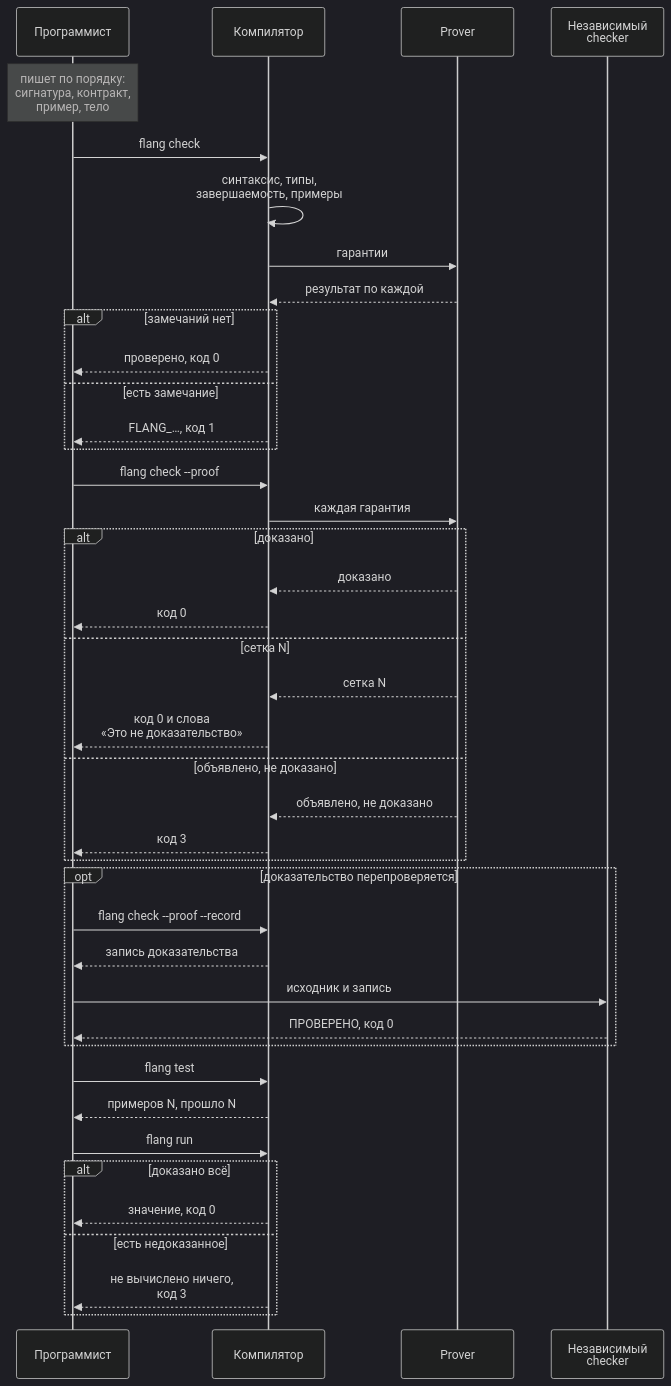
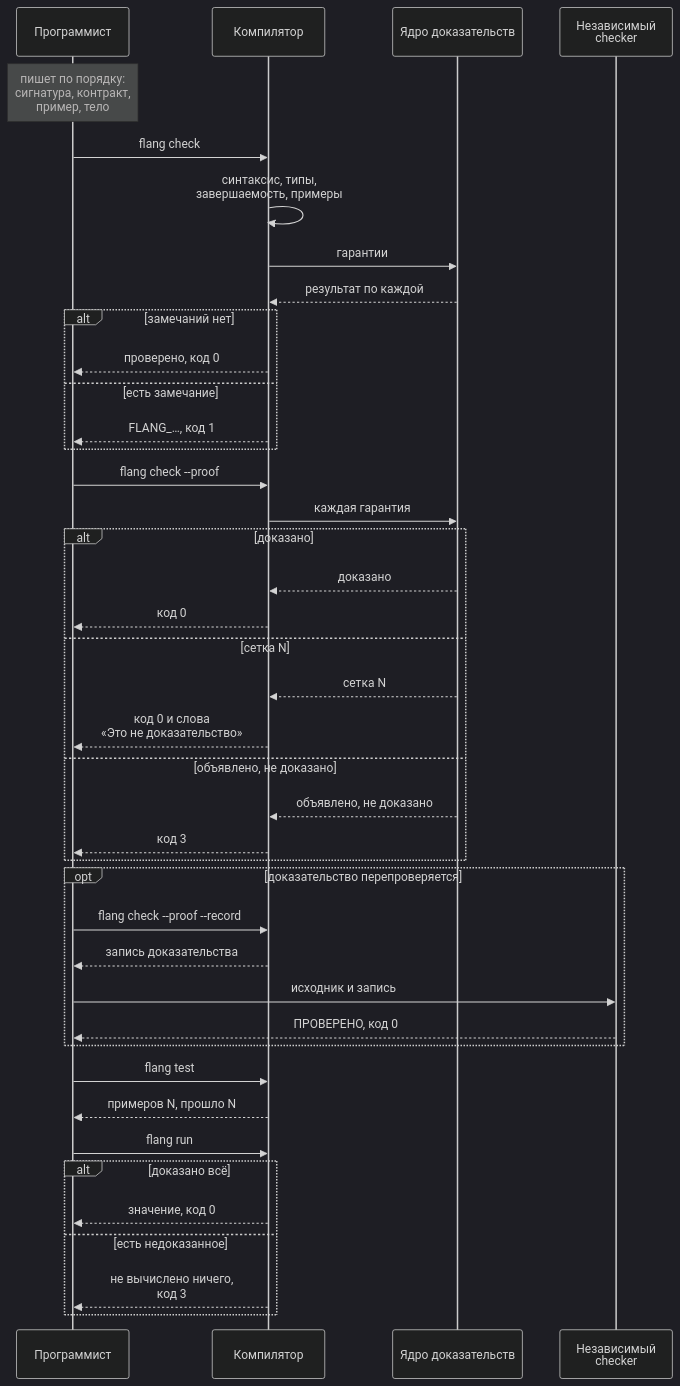
The fourth of 4 diagrams in docs/site/which-construct.ru.md (digitable-lol/flang), drawn with Mermaid (dark theme) before and after one commit. The commit also changed other lines of this file and 1 other file, not shown here.

````diff
--- a/docs/site/which-construct.ru.md
+++ b/docs/site/which-construct.ru.md
@@ -375,43 +375,43 @@
 ```mermaid Работа над одной функцией
 sequenceDiagram
   participant П as Программист
   participant К as Компилятор
-  participant Я as Prover
+  participant Я as Ядро доказательств
   participant Н as Независимый<br>checker
   Note over П: пишет по порядку:<br>сигнатура, контракт,<br>пример, тело
   П->>К: flang check
   К->>К: синтаксис, типы,<br>завершаемость, примеры
   К->>Я: гарантии
   Я-->>К: результат по каждой
   alt замечаний нет
     К-->>П: проверено, код 0
   else есть замечание
     К-->>П: FLANG_…, код 1
   end
   П->>К: flang check --proof
   К->>Я: каждая гарантия
   alt доказано
     Я-->>К: доказано
     К-->>П: код 0
   else сетка N
     Я-->>К: сетка N
     К-->>П: код 0 и слова<br>«Это не доказательство»
   else объявлено, не доказано
     Я-->>К: объявлено, не доказано
     К-->>П: код 3
   end
   opt доказательство перепроверяется
     П->>К: flang check --proof --record
     К-->>П: запись доказательства
     П->>Н: исходник и запись
     Н-->>П: ПРОВЕРЕНО, код 0
   end
   П->>К: flang test
   К-->>П: примеров N, прошло N
   П->>К: flang run
   alt доказано всё
     К-->>П: значение, код 0
   else есть недоказанное
     К-->>П: не вычислено ничего,<br>код 3
   end
 ```
````
